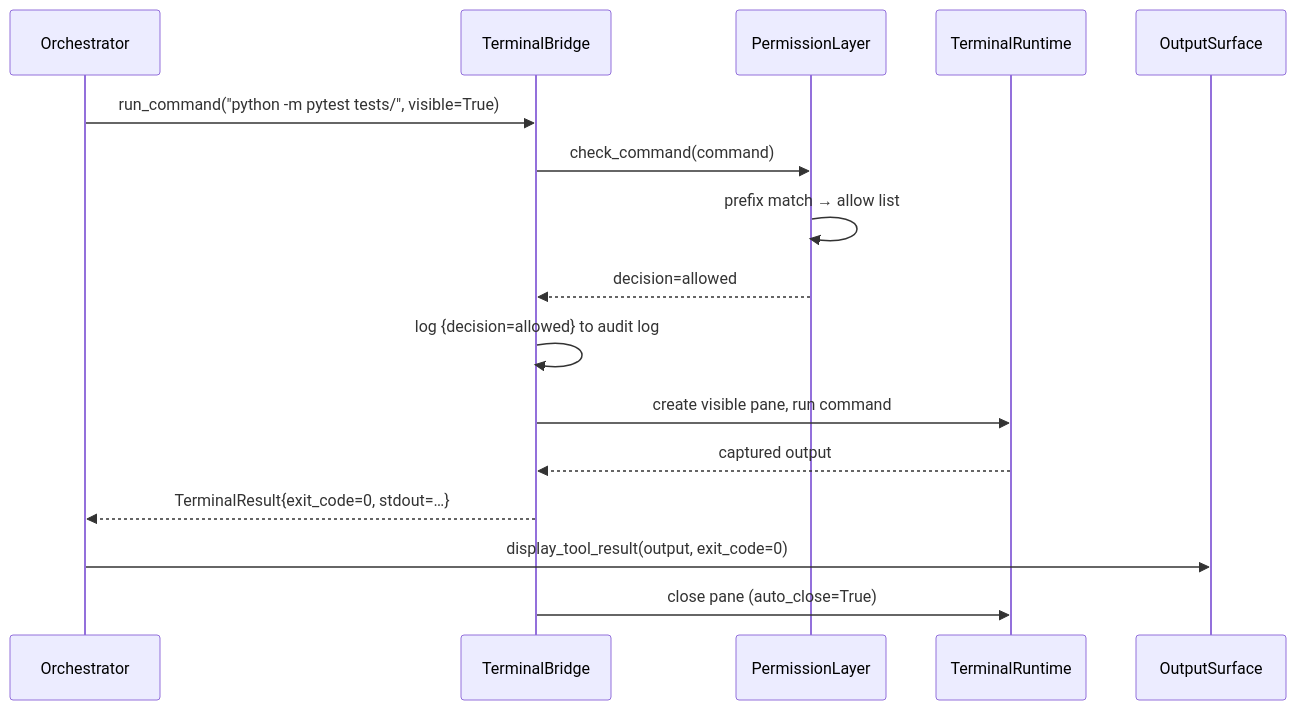
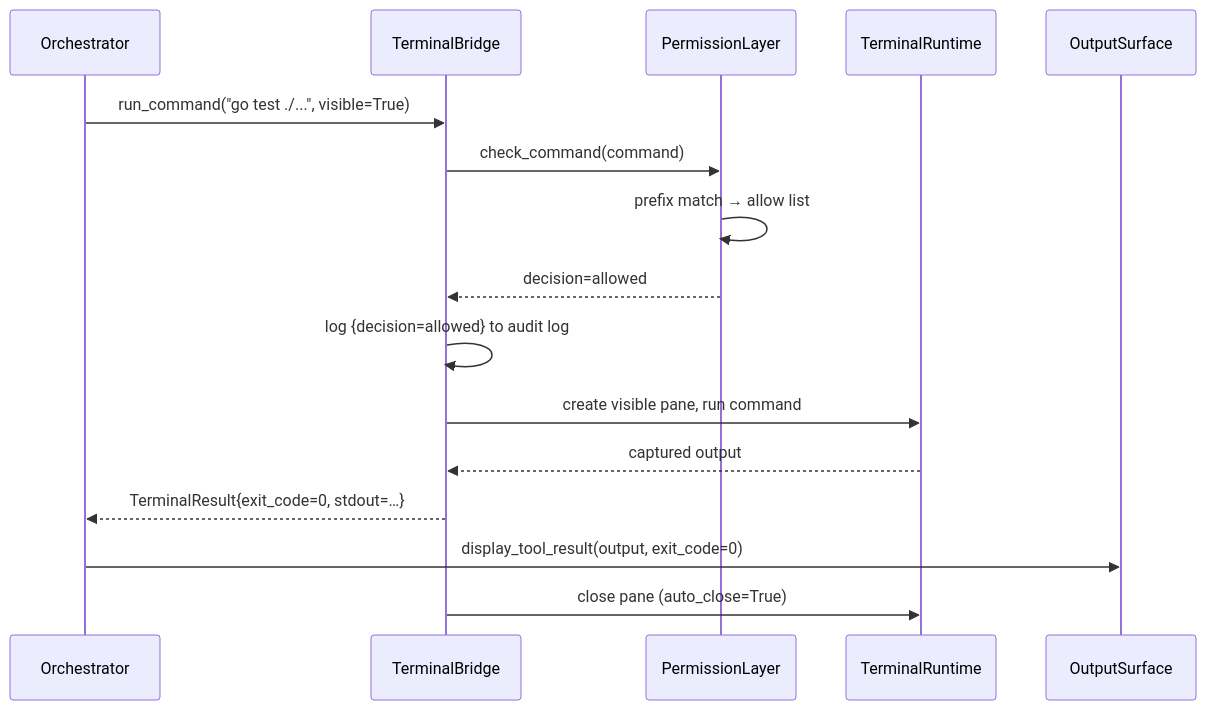
Before and after one commit to matthewapeters/agentX: the sixth of 11 diagrams in docs/ux/05_VIBE_CODING.md, drawn with Mermaid. The commit also changed other lines of this file and 14 other files, not shown here.

````diff
--- a/docs/ux/05_VIBE_CODING.md
+++ b/docs/ux/05_VIBE_CODING.md
@@ -188,19 +188,19 @@
 ```mermaid
 sequenceDiagram
     participant Orchestrator
     participant TerminalBridge
     participant PermissionLayer
     participant TerminalRuntime
     participant OutputSurface
 
-    Orchestrator->>TerminalBridge: run_command("python -m pytest tests/", visible=True)
+    Orchestrator->>TerminalBridge: run_command("go test ./...", visible=True)
     TerminalBridge->>PermissionLayer: check_command(command)
     PermissionLayer->>PermissionLayer: prefix match → allow list
     PermissionLayer-->>TerminalBridge: decision=allowed
     TerminalBridge->>TerminalBridge: log {decision=allowed} to audit log
     TerminalBridge->>TerminalRuntime: create visible pane, run command
     TerminalRuntime-->>TerminalBridge: captured output
     TerminalBridge-->>Orchestrator: TerminalResult{exit_code=0, stdout=…}
     Orchestrator->>OutputSurface: display_tool_result(output, exit_code=0)
     TerminalBridge->>TerminalRuntime: close pane (auto_close=True)
 ```
````
